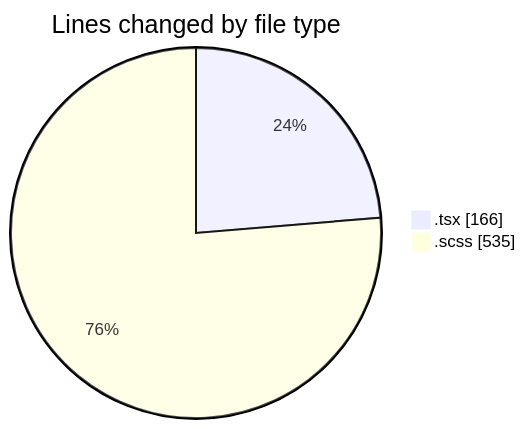
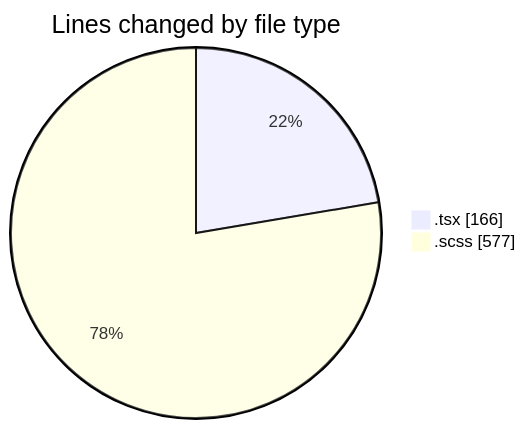
One commit to momahboobian/code-tracking changed the first of 2 diagrams in 2025-03-27/cda/README.md. Above: the diagram before and after it, drawn with Mermaid. The commit also changed other lines of this file and 1 other file, not shown here.

````diff
--- a/2025-03-27/cda/README.md
+++ b/2025-03-27/cda/README.md
@@ -21,6 +21,6 @@
 ```mermaid
 pie showData
 title Lines changed by file type
 ".tsx" : 166
-".scss" : 535
+".scss" : 577
 ```
````
